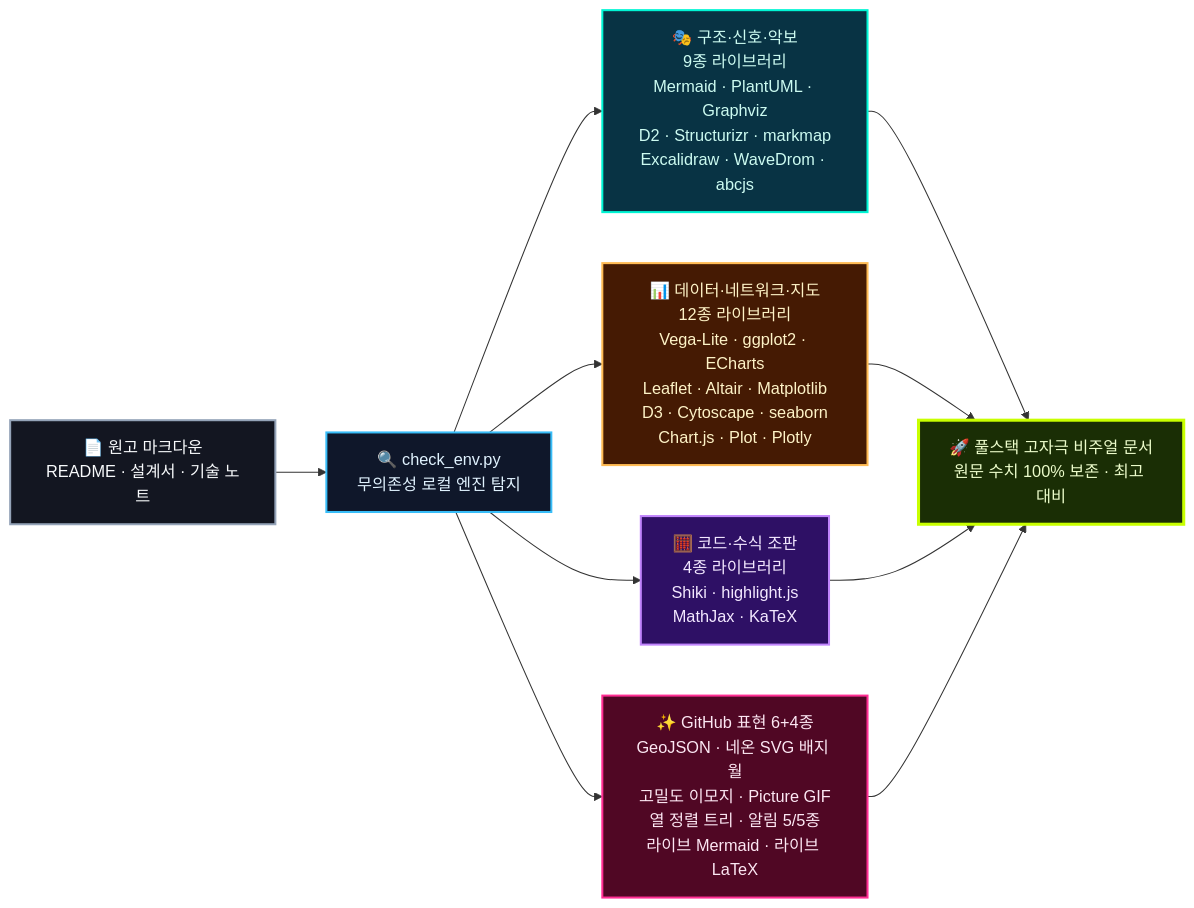
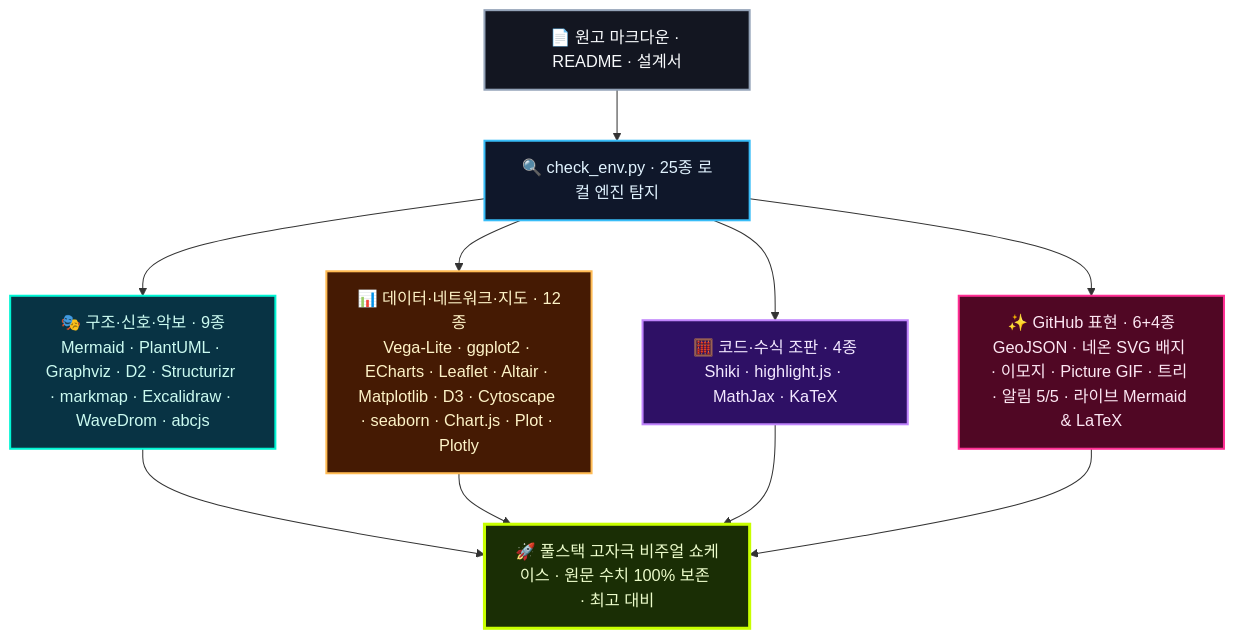
The diagram in README.ko.md (Technoetic/md-viz), drawn with Mermaid before and after one commit. The commit also changed other lines of this file and 4 other files, not shown here.

Commit message:
fix: enforce UTF-8 stdout for Windows cp1252, compact Mermaid layout & clean emoji anchors

````diff
--- a/README.ko.md
+++ b/README.ko.md
@@ -54,17 +54,17 @@
 ```mermaid
-flowchart LR
-    DOC["📄 원고 마크다운\nREADME · 설계서 · 기술 노트"]:::src --> SCAN["🔍 check_env.py\n무의존성 로컬 엔진 탐지"]:::env
-    SCAN --> W1["🎭 구조·신호·악보\n9종 라이브러리\nMermaid · PlantUML · Graphviz\nD2 · Structurizr · markmap\nExcalidraw · WaveDrom · abcjs"]:::cyan
-    SCAN --> W2["📊 데이터·네트워크·지도\n12종 라이브러리\nVega-Lite · ggplot2 · ECharts\nLeaflet · Altair · Matplotlib\nD3 · Cytoscape · seaborn\nChart.js · Plot · Plotly"]:::amber
-    SCAN --> W3["🧮 코드·수식 조판\n4종 라이브러리\nShiki · highlight.js\nMathJax · KaTeX"]:::violet
-    SCAN --> W4["✨ GitHub 표현 6+4종\nGeoJSON · 네온 SVG 배지 월\n고밀도 이모지 · Picture GIF\n열 정렬 트리 · 알림 5/5종\n라이브 Mermaid · 라이브 LaTeX"]:::magenta
-    W1 & W2 & W3 & W4 --> FINAL["🚀 풀스택 고자극 비주얼 문서\n원문 수치 100% 보존 · 최고 대비"]:::lime
+flowchart TB
+    DOC["📄 원고 마크다운 · README · 설계서"]:::src --> SCAN["🔍 check_env.py · 25종 로컬 엔진 탐지"]:::env
+    SCAN --> W1["🎭 구조·신호·악보 · 9종\nMermaid · PlantUML · Graphviz · D2 · Structurizr · markmap · Excalidraw · WaveDrom · abcjs"]:::cyan
+    SCAN --> W2["📊 데이터·네트워크·지도 · 12종\nVega-Lite · ggplot2 · ECharts · Leaflet · Altair · Matplotlib · D3 · Cytoscape · seaborn · Chart.js · Plot · Plotly"]:::amber
+    SCAN --> W3["🧮 코드·수식 조판 · 4종\nShiki · highlight.js · MathJax · KaTeX"]:::violet
+    SCAN --> W4["✨ GitHub 표현 · 6+4종\nGeoJSON · 네온 SVG 배지 · 이모지 · Picture GIF · 트리 · 알림 5/5 · 라이브 Mermaid & LaTeX"]:::magenta
+    W1 & W2 & W3 & W4 --> FINAL["🚀 풀스택 고자극 비주얼 쇼케이스 · 원문 수치 100% 보존 · 최고 대비"]:::lime
 
     classDef src fill:#131621,stroke:#94a3b8,color:#f8fafc,stroke-width:2px
     classDef env fill:#0f172a,stroke:#38bdf8,color:#e0f2fe,stroke-width:2px
     classDef cyan fill:#083344,stroke:#00f5d4,color:#ccfbf1,stroke-width:2px
     classDef amber fill:#451a03,stroke:#ffbb54,color:#fef3c7,stroke-width:2px
     classDef violet fill:#2e1065,stroke:#c084fc,color:#f3e8ff,stroke-width:2px
     classDef magenta fill:#500724,stroke:#ff2e93,color:#fce7f3,stroke-width:2px
     classDef lime fill:#1a2e05,stroke:#c8ff00,color:#ecfccb,stroke-width:3px
 ```
````
